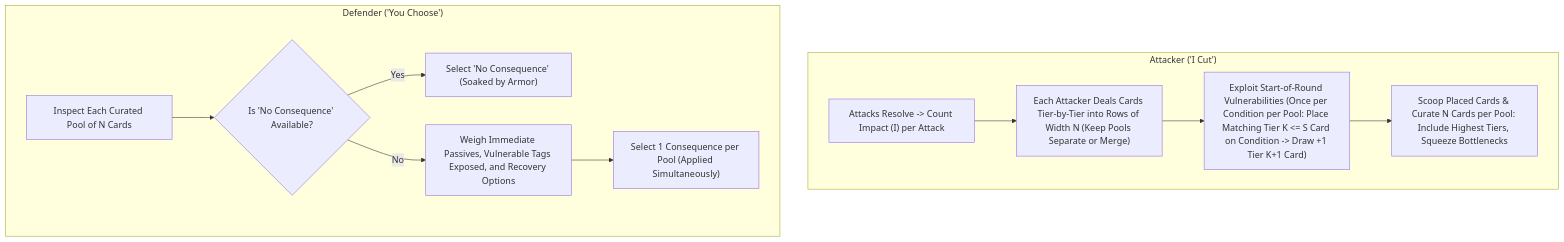
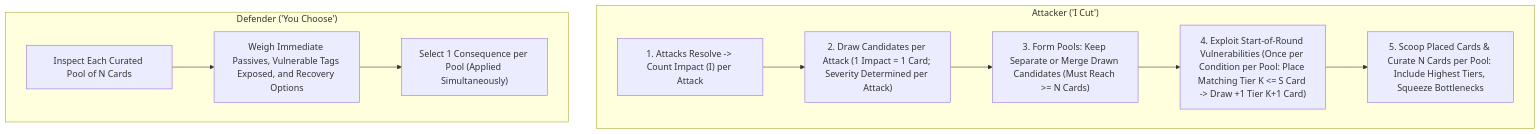
Before and after one commit to tdimiduk/cardpg: the diagram in design/iteration/resolution/candidates/consequence-pool-tag-escalation/players-guide-patch.md, drawn with Mermaid. The commit also changed other lines of this file and 12 other files, not shown here.

````diff
--- a/design/iteration/resolution/candidates/consequence-pool-tag-escalation/players-guide-patch.md
+++ b/design/iteration/resolution/candidates/consequence-pool-tag-escalation/players-guide-patch.md
@@ -118,15 +126,14 @@
 ```mermaid
 flowchart TD
     subgraph Attacker Decision ["Attacker ('I Cut')"]
-        A1["Attacks Resolve -> Count Impact (I) per Attack"] --> A2["Each Attacker Deals Cards Tier-by-Tier into Rows of Width N (Keep Pools Separate or Merge)"]
-        A2 --> A3["Exploit Start-of-Round Vulnerabilities (Once per Condition per Pool: Place Matching Tier K <= S Card on Condition -> Draw +1 Tier K+1 Card)"]
-        A3 --> A4["Scoop Placed Cards & Curate N Cards per Pool: Include Highest Tiers, Squeeze Bottlenecks"]
+        A1["1. Attacks Resolve -> Count Impact (I) per Attack"] --> A2["2. Draw Candidates per Attack (1 Impact = 1 Card; Severity Determined per Attack)"]
+        A2 --> A3["3. Form Pools: Keep Separate or Merge Drawn Candidates (Must Reach >= N Cards)"]
+        A3 --> A4["4. Exploit Start-of-Round Vulnerabilities (Once per Condition per Pool: Place Matching Tier K <= S Card -> Draw +1 Tier K+1 Card)"]
+        A4 --> A5["5. Scoop Placed Cards & Curate N Cards per Pool: Include Highest Tiers, Squeeze Bottlenecks"]
     end
 
     subgraph Defender Decision ["Defender ('You Choose')"]
-        D1["Inspect Each Curated Pool of N Cards"] --> D2{"Is 'No Consequence' Available?"}
-        D2 -- Yes --> D3["Select 'No Consequence' (Soaked by Armor)"]
-        D2 -- No --> D4["Weigh Immediate Passives, Vulnerable Tags Exposed, and Recovery Options"]
-        D4 --> D5["Select 1 Consequence per Pool (Applied Simultaneously)"]
+        D1["Inspect Each Curated Pool of N Cards"] --> D2["Weigh Immediate Passives, Vulnerable Tags Exposed, and Recovery Options"]
+        D2 --> D3["Select 1 Consequence per Pool (Applied Simultaneously)"]
     end
 ```
````
